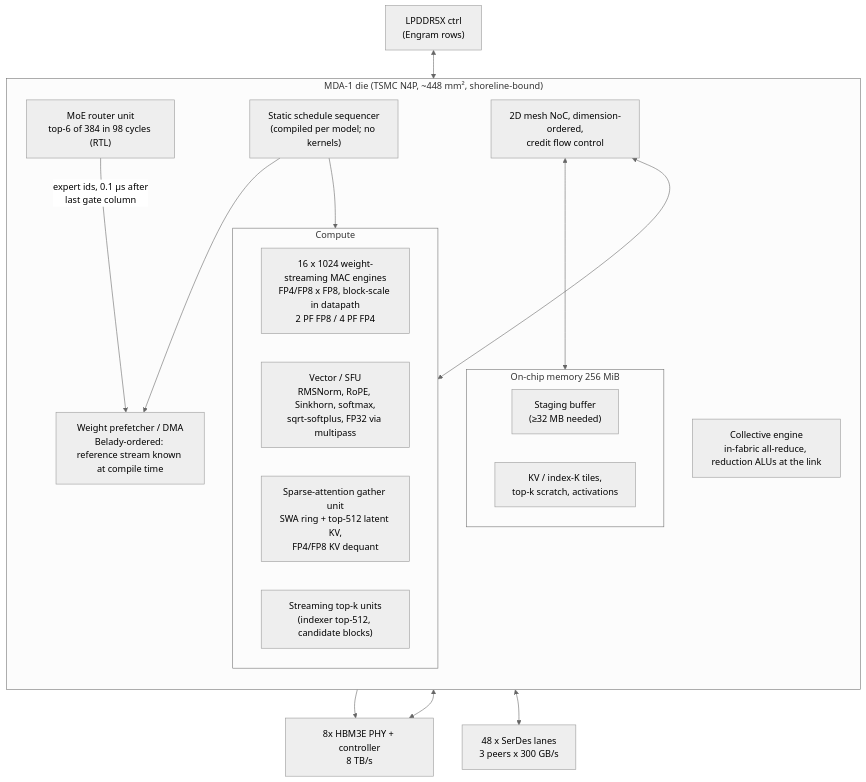
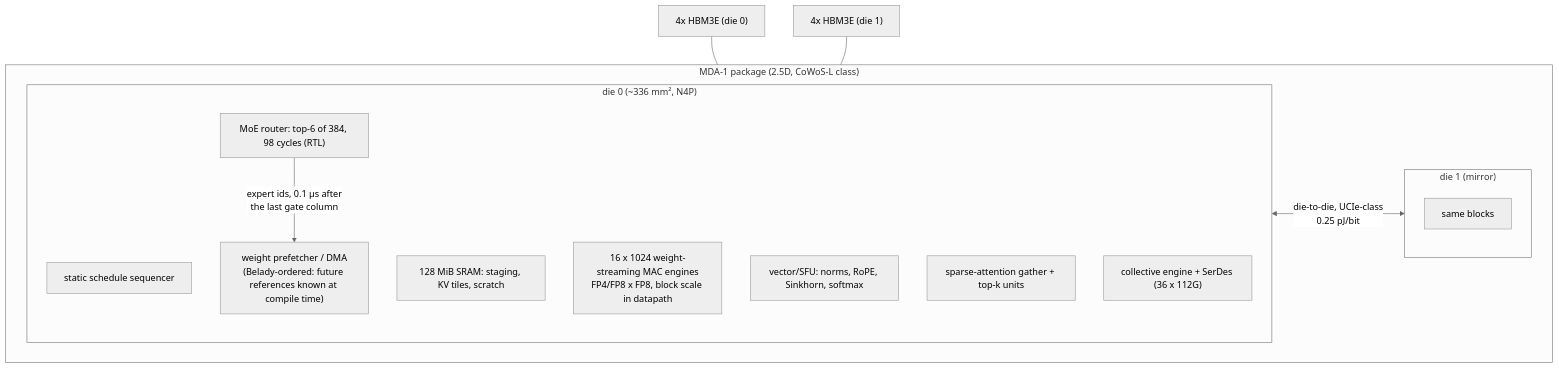
One commit to Aercrist/dsv41-accel-study changed the second of 3 diagrams in docs/03_architecture.md. Above: the diagram before and after it, drawn with Mermaid (neutral theme). The commit also changed other lines of this file and 48 other files, not shown here.

````diff
--- a/docs/03_architecture.md
+++ b/docs/03_architecture.md
@@ -43,30 +45,24 @@
 ```mermaid
 flowchart TB
-  subgraph CHIP["MDA-1 die (TSMC N4P, ~448 mm², shoreline-bound)"]
-    direction TB
-    SEQ["Static schedule sequencer<br/>(compiled per model; no kernels)"]
-    PF["Weight prefetcher / DMA<br/>Belady-ordered: reference stream known at compile time"]
-    RT["MoE router unit<br/>top-6 of 384 in 98 cycles (RTL)"]
-    subgraph MEM["On-chip memory 256 MiB"]
-      STG["Staging buffer<br/>(≥32 MB needed)"]
-      KVS["KV / index-K tiles,<br/>top-k scratch, activations"]
+  subgraph PKG["MDA-1 package (2.5D, CoWoS-L class)"]
+    direction LR
+    subgraph D0["die 0 (~336 mm², N4P)"]
+      direction TB
+      SEQ0["static schedule sequencer"]
+      PF0["weight prefetcher / DMA<br/>(Belady-ordered: future references known at compile time)"]
+      RT0["MoE router: top-6 of 384, 98 cycles (RTL)"]
+      MEM0["128 MiB SRAM: staging, KV tiles, scratch"]
+      GE0["16 x 1024 weight-streaming MAC engines<br/>FP4/FP8 x FP8, block scale in datapath"]
+      VEC0["vector/SFU: norms, RoPE, Sinkhorn, softmax"]
+      SA0["sparse-attention gather + top-k units"]
+      CC0["collective engine + SerDes (36 x 112G)"]
     end
-    subgraph CE["Compute"]
-      GEMV["16 x 1024 weight-streaming MAC engines<br/>FP4/FP8 x FP8, block-scale in datapath<br/>2 PF FP8 / 4 PF FP4"]
-      VEC["Vector / SFU<br/>RMSNorm, RoPE, Sinkhorn, softmax,<br/>sqrt-softplus, FP32 via multipass"]
-      SA["Sparse-attention gather unit<br/>SWA ring + top-512 latent KV,<br/>FP4/FP8 KV dequant"]
-      TK["Streaming top-k units<br/>(indexer top-512, candidate blocks)"]
+    subgraph D1["die 1 (mirror)"]
+      X1["same blocks"]
     end
-    CC["Collective engine<br/>in-fabric all-reduce, reduction ALUs at the link"]
-    NOC["2D mesh NoC, dimension-ordered,<br/>credit flow control"]
+    D0 <-->|"die-to-die, UCIe-class<br/>0.25 pJ/bit"| D1
   end
-  HBM["8x HBM3E PHY + controller<br/>8 TB/s"] <--> NOC
-  NOC <--> MEM
-  NOC <--> CE
-  RT -->|"expert ids, 0.1 µs after<br/>last gate column"| PF
-  PF --> HBM
-  SEQ --> PF
-  SEQ --> CE
-  CC <--> SER["48 x SerDes lanes<br/>3 peers x 300 GB/s"]
-  LP["LPDDR5X ctrl<br/>(Engram rows)"] <--> NOC
+  H0["4x HBM3E (die 0)"] --- D0
+  H1["4x HBM3E (die 1)"] --- D1
+  RT0 -->|"expert ids, 0.1 µs after<br/>the last gate column"| PF0
 ```
````
